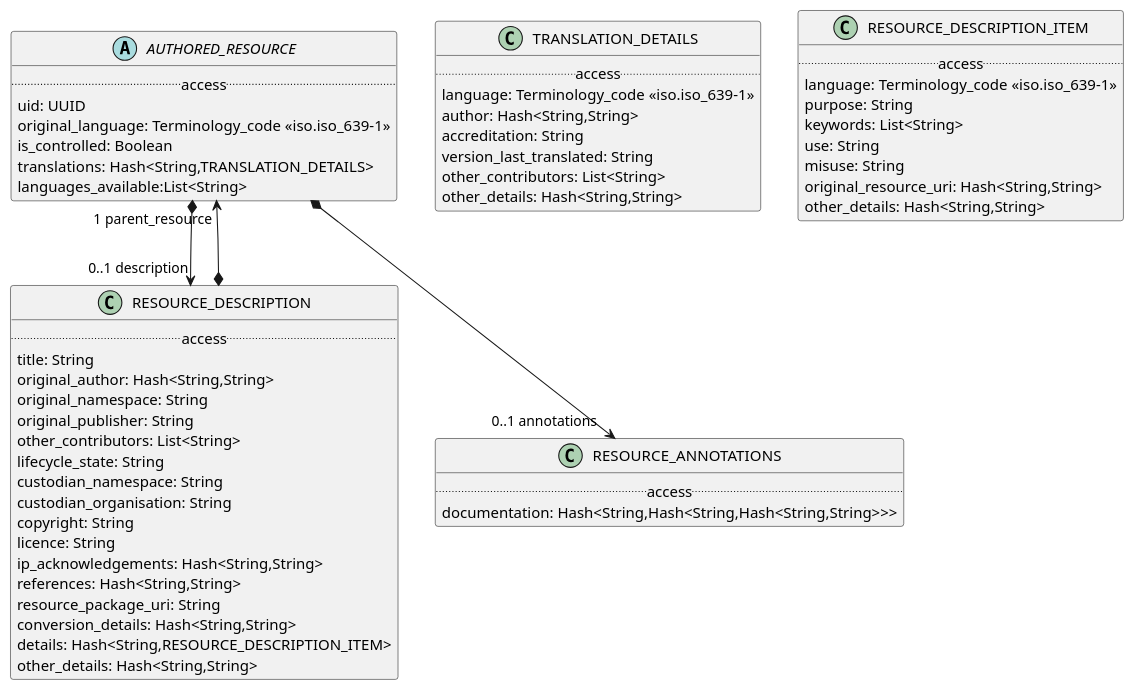
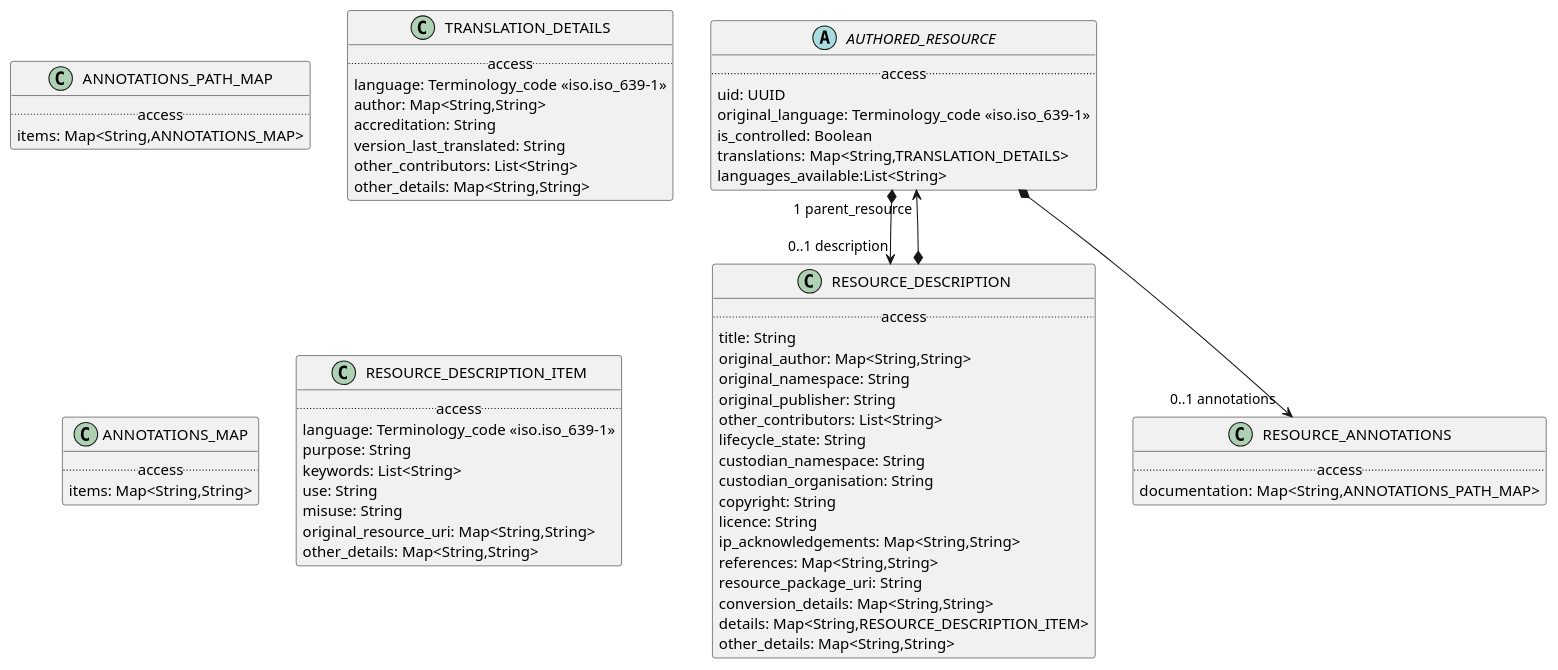
One commit to wolandscat/openehr-doc changed the diagram in modules/ROOT/examples/bmm/infostructure/resource/resource-package-uml.adoc. Above: the diagram before and after it, drawn with PlantUML. The commit also changed 2355 other files, not shown here.

```diff
--- a/modules/ROOT/examples/bmm/infostructure/resource/resource-package-uml.adoc
+++ b/modules/ROOT/examples/bmm/infostructure/resource/resource-package-uml.adoc
@@ -3,68 +3,85 @@
-[plantuml,opts=interactive]
+[plantuml,opts=interactive,link=self]
 ....
 skinparam groupInheritance 2
 skinparam citedClassColor #FDFDFD
 
 
-abstract class AUTHORED_RESOURCE [[/splashlang-doc/latest/infostructure/infostructure-resource.html#_class_authored_resource]] {
+class ANNOTATIONS_PATH_MAP [[/openehr-doc/latest/infostructure/resource-gen.html#_class_annotations_path_map]] {
+        .. access ..
+        items: Map<String,ANNOTATIONS_MAP>
+}
+
+
+abstract class AUTHORED_RESOURCE [[/openehr-doc/latest/infostructure/resource-gen.html#_class_authored_resource]] {
         .. access ..
         uid: UUID
         original_language: Terminology_code «iso.iso_639-1»
         is_controlled: Boolean
-        translations: Hash<String,TRANSLATION_DETAILS>
+        translations: Map<String,TRANSLATION_DETAILS>
         languages_available:List<String>
 }
+
 
 AUTHORED_RESOURCE *--> "0..1 description" RESOURCE_DESCRIPTION
 
 AUTHORED_RESOURCE *--> "0..1 annotations" RESOURCE_ANNOTATIONS
 
-class TRANSLATION_DETAILS [[/splashlang-doc/latest/infostructure/infostructure-resource.html#_class_translation_details]] {
+class TRANSLATION_DETAILS [[/openehr-doc/latest/infostructure/resource-gen.html#_class_translation_details]] {
         .. access ..
         language: Terminology_code «iso.iso_639-1»
-        author: Hash<String,String>
+        author: Map<String,String>
         accreditation: String
         version_last_translated: String
         other_contributors: List<String>
-        other_details: Hash<String,String>
+        other_details: Map<String,String>
 }
 
-class RESOURCE_DESCRIPTION [[/splashlang-doc/latest/infostructure/infostructure-resource.html#_class_resource_description]] {
+
+class RESOURCE_DESCRIPTION [[/openehr-doc/latest/infostructure/resource-gen.html#_class_resource_description]] {
         .. access ..
         title: String
-        original_author: Hash<String,String>
+        original_author: Map<String,String>
         original_namespace: String
         original_publisher: String
         other_contributors: List<String>
         lifecycle_state: String
         custodian_namespace: String
         custodian_organisation: String
         copyright: String
         licence: String
-        ip_acknowledgements: Hash<String,String>
-        references: Hash<String,String>
+        ip_acknowledgements: Map<String,String>
+        references: Map<String,String>
         resource_package_uri: String
-        conversion_details: Hash<String,String>
-        details: Hash<String,RESOURCE_DESCRIPTION_ITEM>
-        other_details: Hash<String,String>
+        conversion_details: Map<String,String>
+        details: Map<String,RESOURCE_DESCRIPTION_ITEM>
+        other_details: Map<String,String>
 }
+
 
 RESOURCE_DESCRIPTION *--> "1 parent_resource" AUTHORED_RESOURCE
 
-class RESOURCE_ANNOTATIONS [[/splashlang-doc/latest/infostructure/infostructure-resource.html#_class_resource_annotations]] {
+class ANNOTATIONS_MAP [[/openehr-doc/latest/infostructure/resource-gen.html#_class_annotations_map]] {
         .. access ..
-        documentation: Hash<String,Hash<String,Hash<String,String>>>
+        items: Map<String,String>
 }
 
-class RESOURCE_DESCRIPTION_ITEM [[/splashlang-doc/latest/infostructure/infostructure-resource.html#_class_resource_description_item]] {
+
+class RESOURCE_ANNOTATIONS [[/openehr-doc/latest/infostructure/resource-gen.html#_class_resource_annotations]] {
+        .. access ..
+        documentation: Map<String,ANNOTATIONS_PATH_MAP>
+}
+
+
+class RESOURCE_DESCRIPTION_ITEM [[/openehr-doc/latest/infostructure/resource-gen.html#_class_resource_description_item]] {
         .. access ..
         language: Terminology_code «iso.iso_639-1»
         purpose: String
         keywords: List<String>
         use: String
         misuse: String
-        original_resource_uri: Hash<String,String>
-        other_details: Hash<String,String>
+        original_resource_uri: Map<String,String>
+        other_details: Map<String,String>
 }
 
+
 ....
```
